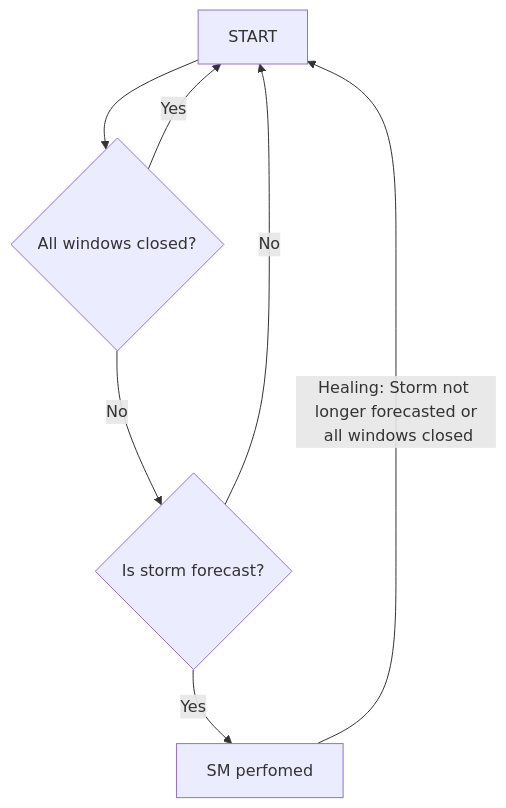
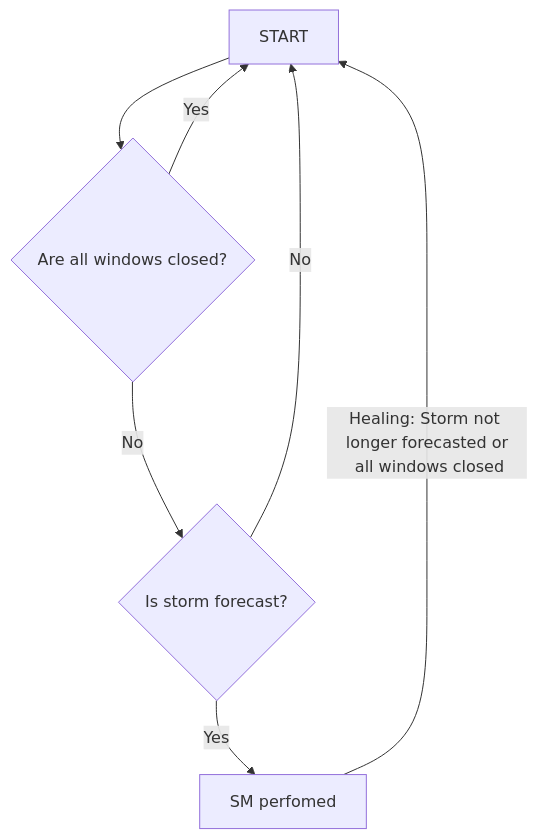
The fifth of 18 diagrams in SafetyConcept/SafetyConcept copy - SYS.md (Arkaqius/SafetyComponent), drawn with Mermaid before and after one commit. The commit also changed other lines of this file, not shown here.

````diff
--- a/SafetyConcept/SafetyConcept copy - SYS.md
+++ b/SafetyConcept/SafetyConcept copy - SYS.md
@@ -222,9 +233,9 @@
 ```mermaid
 flowchart TD
-    A[START] -->| | B{All windows closed?}
+    A[START] -->| | B{Are all windows closed?}
     B -->|Yes| A
     B -->|No| C{Is storm forecast?}
     C -->|No| A
     C -->|Yes| E[SM perfomed]
     E -->|Healing: Storm not longer forecasted or\n all windows closed| A
 ```
````
